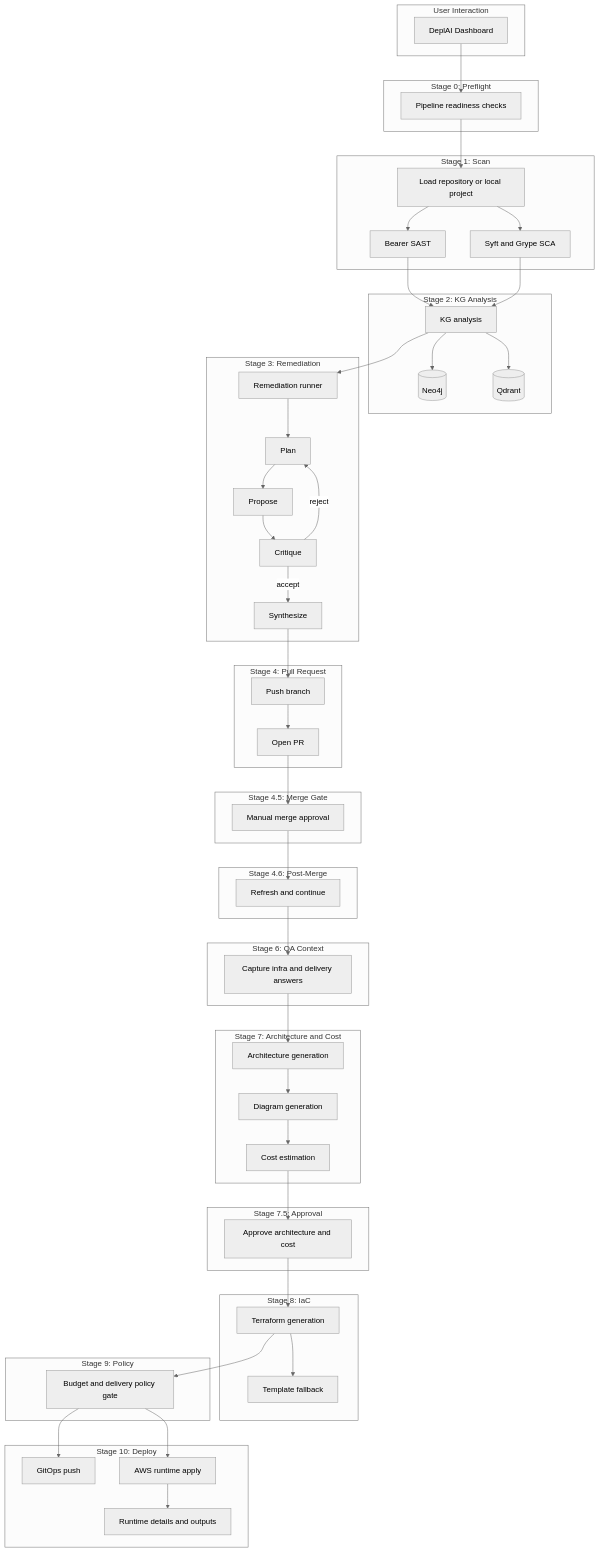
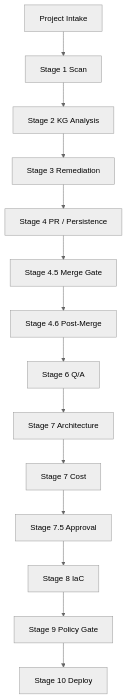
The second of 3 diagrams in ARCHITECTURE.md (adityajayashankar/Deplai), drawn with Mermaid (neutral theme) before and after one commit. The commit also changed other lines of this file and 16 other files, not shown here.

````diff
--- a/ARCHITECTURE.md
+++ b/ARCHITECTURE.md
@@ -41,102 +166,16 @@
 ```mermaid
 flowchart TB
-    subgraph USER[User Interaction]
-        UI[DeplAI Dashboard]
-    end
-
-    subgraph STEP0[Stage 0: Preflight]
-        PF[Pipeline readiness checks]
-    end
-
-    subgraph STEP1[Stage 1: Scan]
-        SC[Load repository or local project]
-        SAST[Bearer SAST]
-        SCA[Syft and Grype SCA]
-    end
-
-    subgraph STEP2[Stage 2: KG Analysis]
-        KG2[KG analysis]
-        KGN[(Neo4j)]
-        KGQ[(Qdrant)]
-    end
-
-    subgraph STEP3[Stage 3: Remediation]
-        RS[Remediation runner]
-        RP[Plan]
-        RPR[Propose]
-        RC[Critique]
-        RSY[Synthesize]
-    end
-
-    subgraph STEP4[Stage 4: Pull Request]
-        PR[Push branch]
-        OPR[Open PR]
-    end
-
-    subgraph STEP45[Stage 4.5: Merge Gate]
-        MG[Manual merge approval]
-    end
-
-    subgraph STEP46[Stage 4.6: Post-Merge]
-        PM[Refresh and continue]
-    end
-
-    subgraph STEP6[Stage 6: QA Context]
-        QA[Capture infra and delivery answers]
-    end
-
-    subgraph STEP7[Stage 7: Architecture and Cost]
-        AG[Architecture generation]
-        DG[Diagram generation]
-        CE[Cost estimation]
-    end
-
-    subgraph STEP75[Stage 7.5: Approval]
-        AP[Approve architecture and cost]
-    end
-
-    subgraph STEP8[Stage 8: IaC]
-        TF[Terraform generation]
-        TEMP[Template fallback]
-    end
-
-    subgraph STEP9[Stage 9: Policy]
-        PG[Budget and delivery policy gate]
-    end
-
-    subgraph STEP10[Stage 10: Deploy]
-        GD[GitOps push]
-        AWSDEP[AWS runtime apply]
-        PD[Runtime details and outputs]
-    end
-
-    UI --> PF
-    PF --> SC
-    SC --> SAST
-    SC --> SCA
-    SAST --> KG2
-    SCA --> KG2
-    KG2 --> KGN
-    KG2 --> KGQ
-    KG2 --> RS
-    RS --> RP
-    RP --> RPR
-    RPR --> RC
-    RC -->|reject| RP
-    RC -->|accept| RSY
-    RSY --> PR
-    PR --> OPR
-    OPR --> MG
-    MG --> PM
-    PM --> QA
-    QA --> AG
-    AG --> DG
-    DG --> CE
-    CE --> AP
-    AP --> TF
-    TF --> TEMP
-    TF --> PG
-    PG --> GD
-    PG --> AWSDEP
-    AWSDEP --> PD
+    Intake[Project Intake] --> Scan[Stage 1 Scan]
+    Scan --> KG[Stage 2 KG Analysis]
+    KG --> Remediate[Stage 3 Remediation]
+    Remediate --> PR[Stage 4 PR / Persistence]
+    PR --> Merge[Stage 4.5 Merge Gate]
+    Merge --> PostMerge[Stage 4.6 Post-Merge]
+    PostMerge --> QA[Stage 6 Q/A]
+    QA --> Arch[Stage 7 Architecture]
+    Arch --> Cost[Stage 7 Cost]
+    Cost --> Approve[Stage 7.5 Approval]
+    Approve --> IaC[Stage 8 IaC]
+    IaC --> Policy[Stage 9 Policy Gate]
+    Policy --> Deploy[Stage 10 Deploy]
 ```
````
